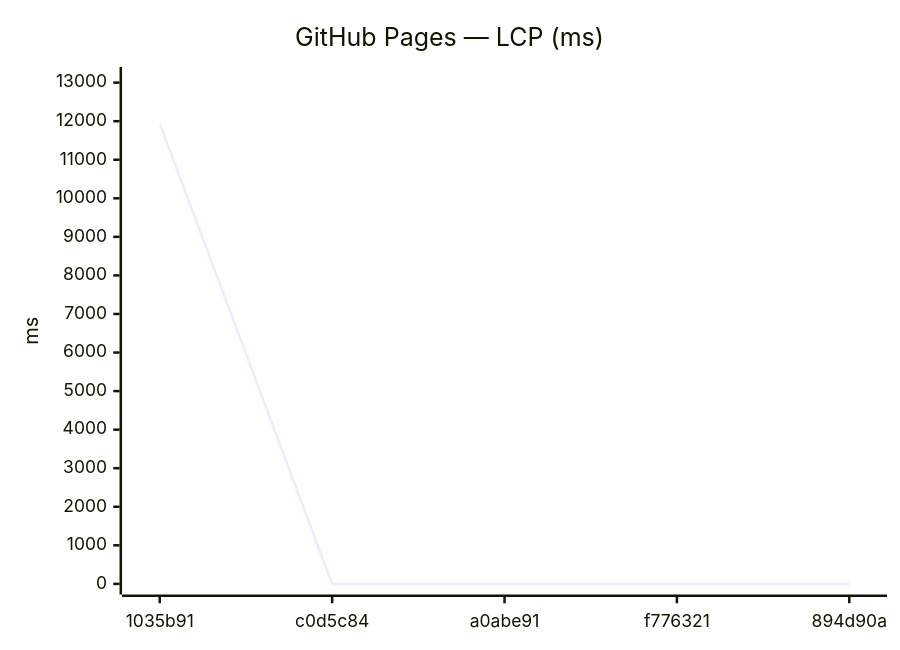
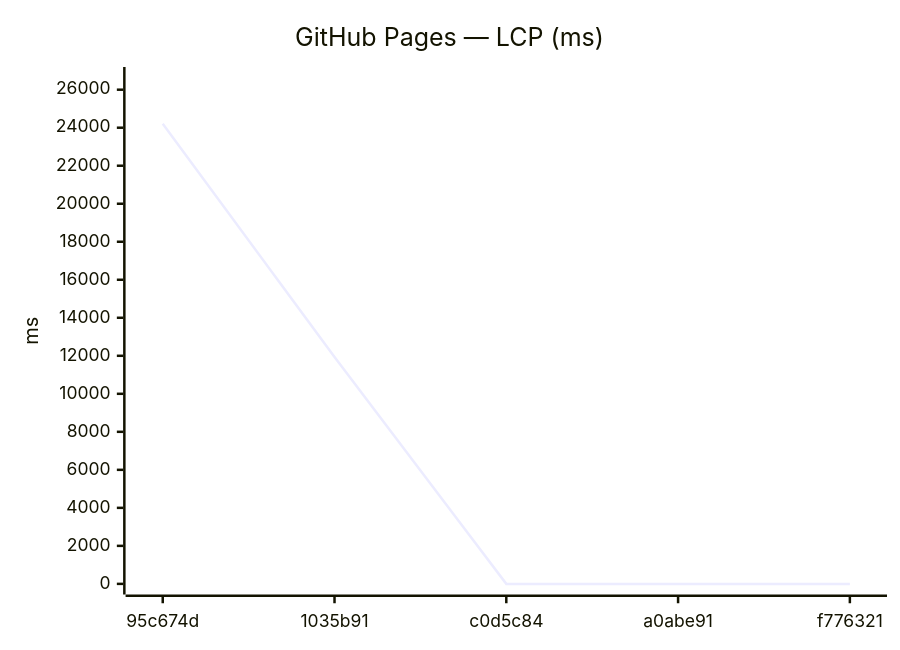
The ninth of 18 diagrams in benchmarks/compare.md (Metaheurist/Rianell), drawn with Mermaid before and after one commit. The commit also changed other lines of this file and 11 other files, not shown here.

````diff
--- a/benchmarks/compare.md
+++ b/benchmarks/compare.md
@@ -142,7 +142,7 @@
 ```mermaid
 xychart-beta
     title "GitHub Pages — LCP (ms)"
-    x-axis ["1035b91", "c0d5c84", "a0abe91", "f776321", "894d90a"]
-    y-axis "ms" 0 --> 13130
-    line [11936, 0, 0, 0, 0]
+    x-axis ["95c674d", "1035b91", "c0d5c84", "a0abe91", "f776321"]
+    y-axis "ms" 0 --> 26635
+    line [24213, 11936, 0, 0, 0]
 ```
````
